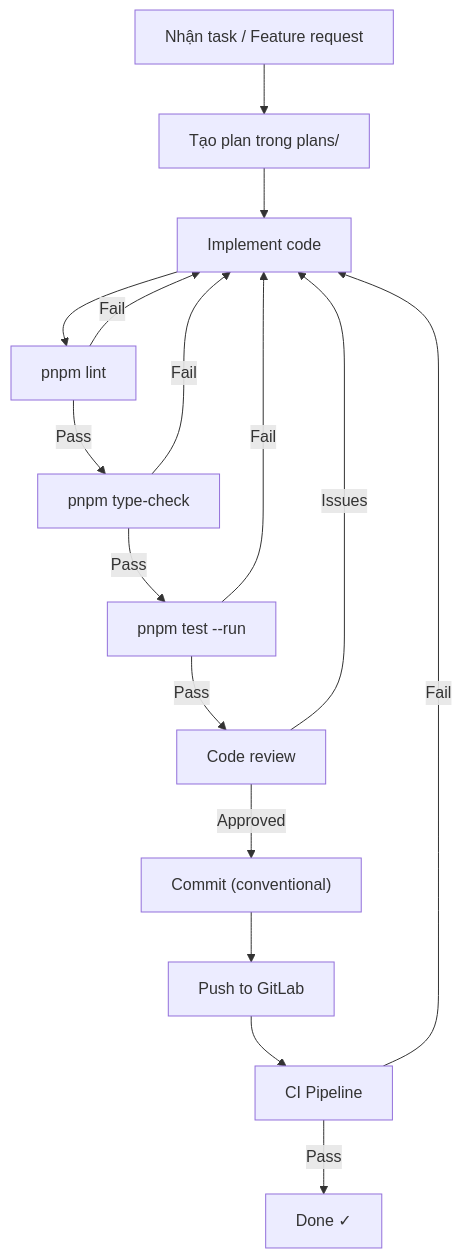
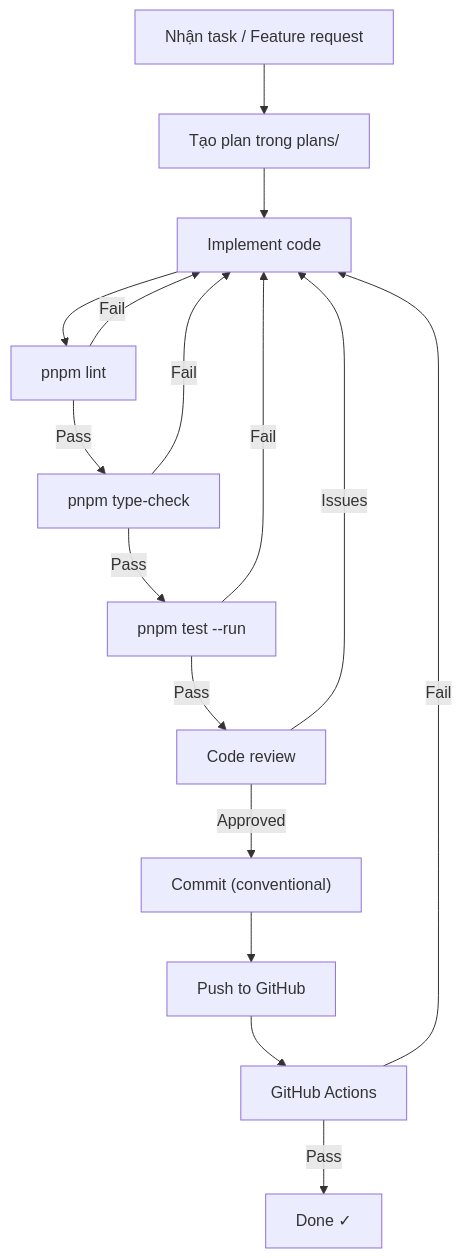
One commit to achoo254/localman changed the sixth of 8 diagrams in docs/workflow-guide.md. Above: the diagram before and after it, drawn with Mermaid. The commit also changed other lines of this file and 29 other files, not shown here.

First line of the commit message:
Update project documentation and CI/CD configuration for GitHub migration

````diff
--- a/docs/workflow-guide.md
+++ b/docs/workflow-guide.md
@@ -139,18 +139,18 @@
 ```mermaid
 flowchart TD
     A["Nhận task / Feature request"] --> B["Tạo plan trong plans/"]
     B --> C["Implement code"]
     C --> D["pnpm lint"]
     D -->|Fail| C
     D -->|Pass| E["pnpm type-check"]
     E -->|Fail| C
     E -->|Pass| F["pnpm test --run"]
     F -->|Fail| C
     F -->|Pass| G["Code review"]
     G -->|Issues| C
     G -->|Approved| H["Commit (conventional)"]
-    H --> I["Push to GitLab"]
-    I --> J["CI Pipeline"]
+    H --> I["Push to GitHub"]
+    I --> J["GitHub Actions"]
     J -->|Fail| C
     J -->|Pass| K["Done ✓"]
 ```
````
